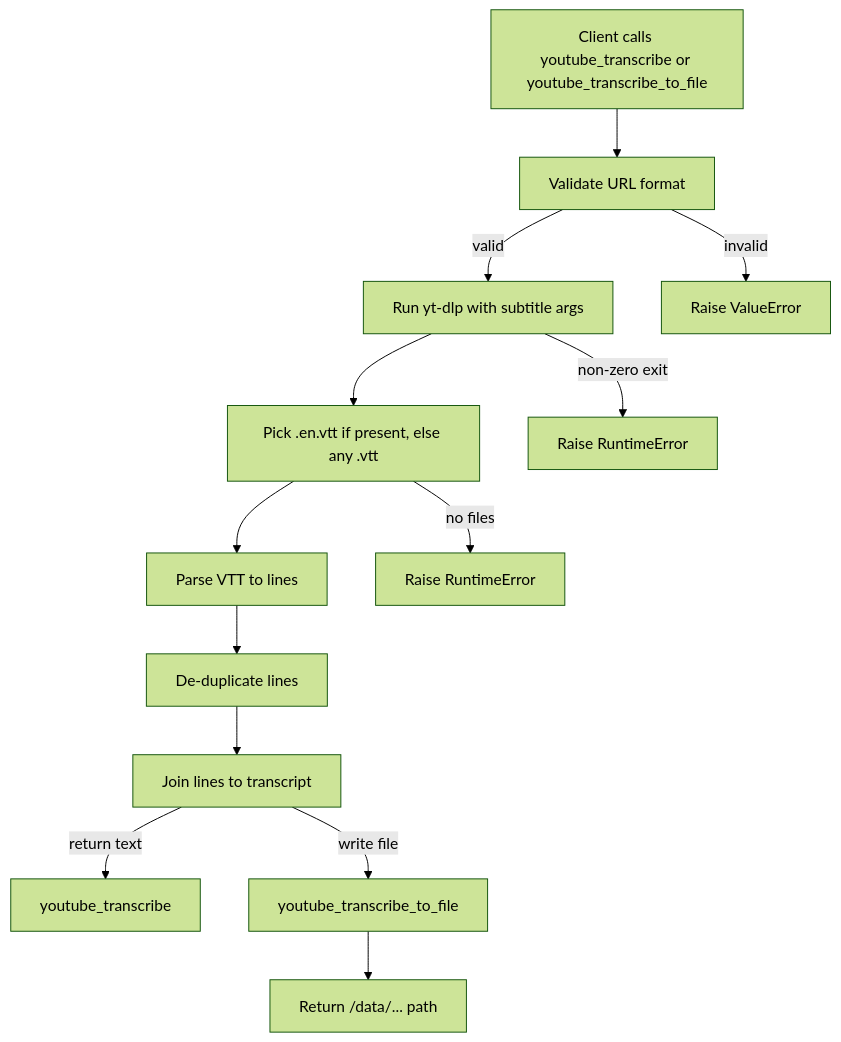
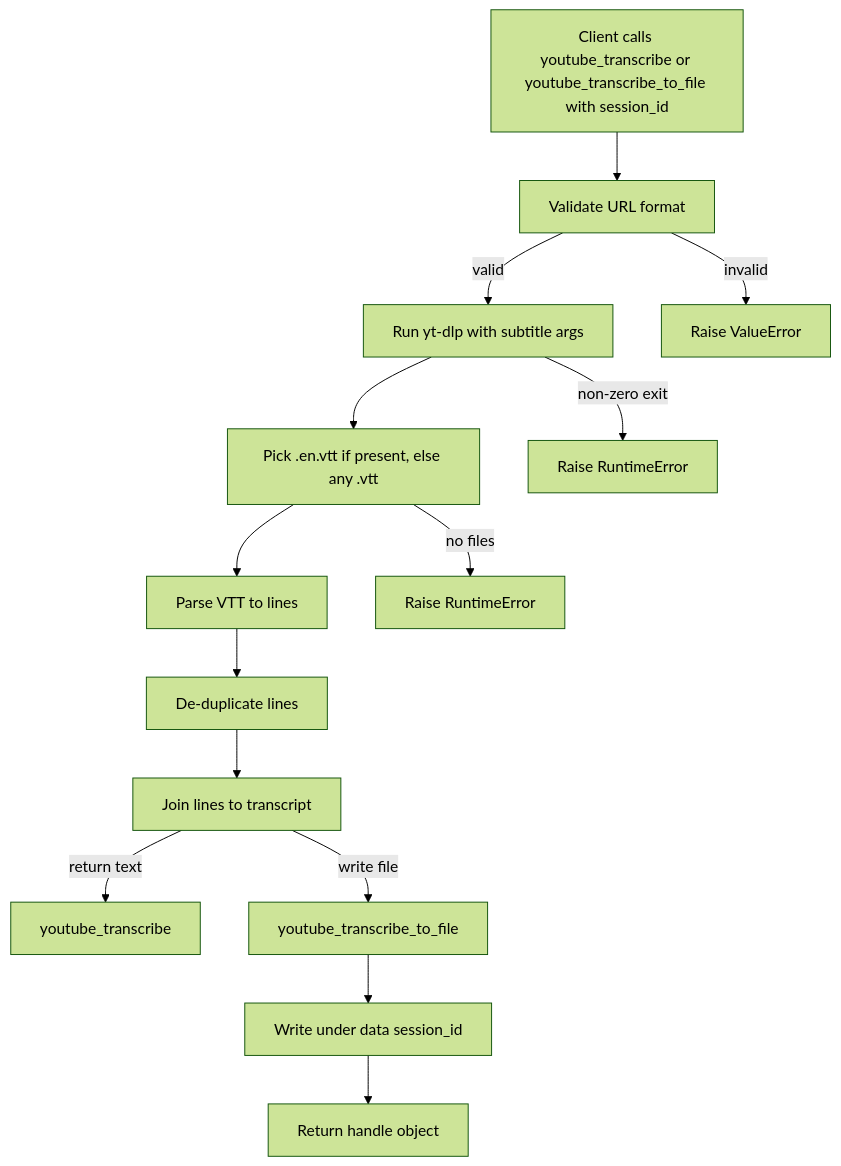
One commit to rroos64/youtube_transcribe_mcp_server changed the second of 3 diagrams in README.md. Above: the diagram before and after it, drawn with Mermaid (forest theme). The commit also changed other lines of this file and 1 other file, not shown here.

First line of the commit message:
feat: add session-scoped handles with TTL retention

````diff
--- a/README.md
+++ b/README.md
@@ -38,16 +38,17 @@
 ```mermaid
 flowchart TD
-  A[Client calls youtube_transcribe or youtube_transcribe_to_file] --> B[Validate URL format]
+  A["Client calls youtube_transcribe or youtube_transcribe_to_file with session_id"] --> B["Validate URL format"]
   B -->|valid| C[Run yt-dlp with subtitle args]
   C --> D[Pick .en.vtt if present, else any .vtt]
-  D --> E[Parse VTT to lines]
-  E --> F[De-duplicate lines]
-  F --> G[Join lines to transcript]
-  G -->|return text| H[youtube_transcribe]
-  G -->|write file| I[youtube_transcribe_to_file]
-  I --> J[Return /data/... path]
+  D --> E["Parse VTT to lines"]
+  E --> F["De-duplicate lines"]
+  F --> G["Join lines to transcript"]
+  G -->|return text| H["youtube_transcribe"]
+  G -->|write file| I["youtube_transcribe_to_file"]
+  I --> J["Write under data session_id"]
+  J --> K["Return handle object"]
 
-  B -->|invalid| X[Raise ValueError]
-  C -->|non-zero exit| Y[Raise RuntimeError]
-  D -->|no files| Z[Raise RuntimeError]
+  B -->|invalid| X["Raise ValueError"]
+  C -->|non-zero exit| Y["Raise RuntimeError"]
+  D -->|no files| Z["Raise RuntimeError"]
 ```
````
